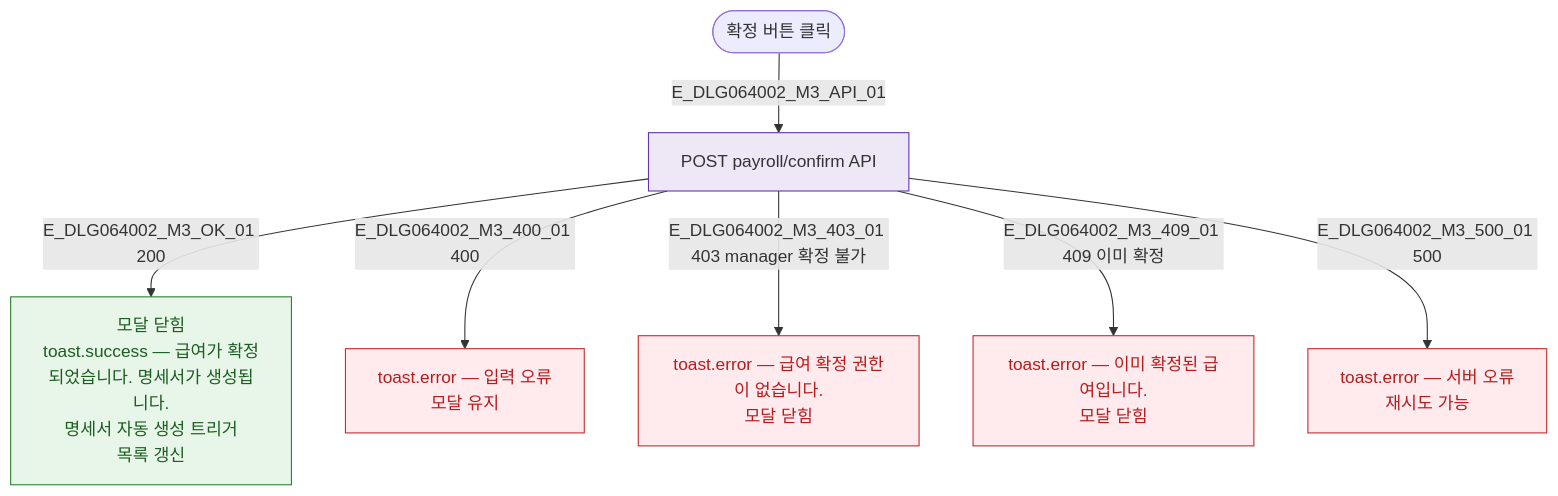
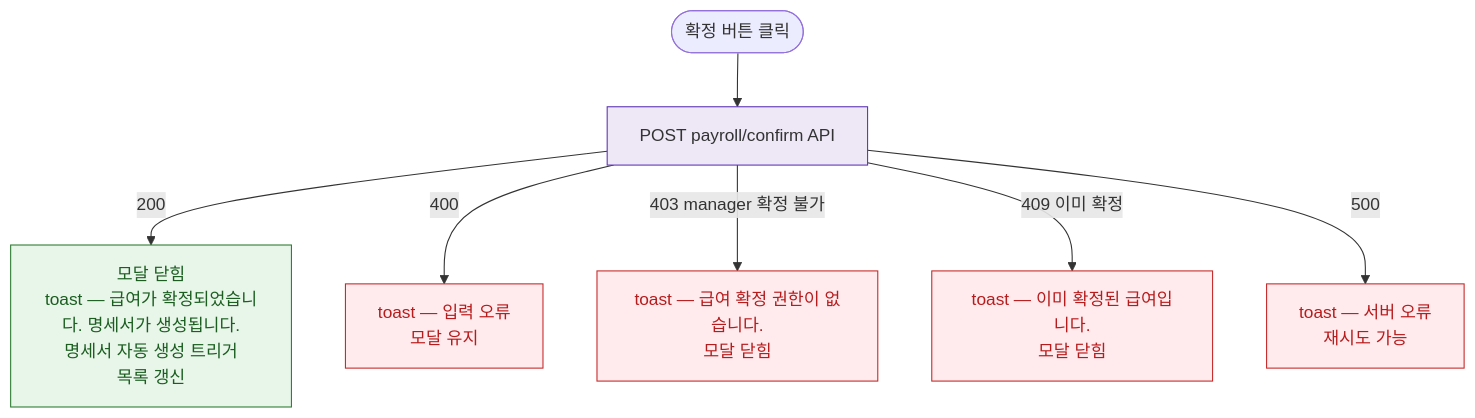
One commit to dev-spogym/admin-pando changed the diagram in docs/다이어그램/D07_직원관리/DLG/DLG-064-002/M3_결과분기.md. Above: the diagram before and after it, drawn with Mermaid. The commit also changed other lines of this file and 1660 other files, not shown here.

First line of the commit message:
다이어그램: 기획자/클라이언트 납품본으로 정리

````diff
--- a/docs/다이어그램/D07_직원관리/DLG/DLG-064-002/M3_결과분기.md
+++ b/docs/다이어그램/D07_직원관리/DLG/DLG-064-002/M3_결과분기.md
@@ -14,19 +12,19 @@
 ```mermaid
 flowchart TD
   SUBMIT([확정 버튼 클릭])
-  SUBMIT -->|E_DLG064002_M3_API_01| API[POST payroll/confirm API]
+  SUBMIT --> API[POST payroll/confirm API]
 
-  API -->|E_DLG064002_M3_OK_01 200| SUCCESS[모달 닫힘\ntoast.success — 급여가 확정되었습니다. 명세서가 생성됩니다.\n명세서 자동 생성 트리거\n목록 갱신]
-  API -->|E_DLG064002_M3_400_01 400| ERR_400[toast.error — 입력 오류\n모달 유지]
-  API -->|E_DLG064002_M3_403_01 403 manager 확정 불가| ERR_403[toast.error — 급여 확정 권한이 없습니다.\n모달 닫힘]
-  API -->|E_DLG064002_M3_409_01 409 이미 확정| ERR_409[toast.error — 이미 확정된 급여입니다.\n모달 닫힘]
-  API -->|E_DLG064002_M3_500_01 500| ERR_500[toast.error — 서버 오류\n재시도 가능]
+  API -->|200|SUCCESS[모달 닫힘\ntoast — 급여가 확정되었습니다. 명세서가 생성됩니다.\n명세서 자동 생성 트리거\n목록 갱신]
+  API -->|400|ERR_400[toast — 입력 오류\n모달 유지]
+  API -->|403 manager 확정 불가|ERR_403[toast — 급여 확정 권한이 없습니다.\n모달 닫힘]
+  API -->|409 이미 확정|ERR_409[toast — 이미 확정된 급여입니다.\n모달 닫힘]
+  API -->|500|ERR_500[toast — 서버 오류\n재시도 가능]
 
   classDef success fill:#E8F5E9,stroke:#2E7D32,color:#1B5E20
-  classDef error   fill:#FFEBEE,stroke:#C62828,color:#B71C1C
-  classDef system  fill:#EDE7F6,stroke:#5E35B2
+  classDef error fill:#FFEBEE,stroke:#C62828,color:#B71C1C
+  classDef system fill:#EDE7F6,stroke:#5E35B2
 
   class SUCCESS success
   class ERR_400,ERR_403,ERR_409,ERR_500 error
   class API system
 ```
````
